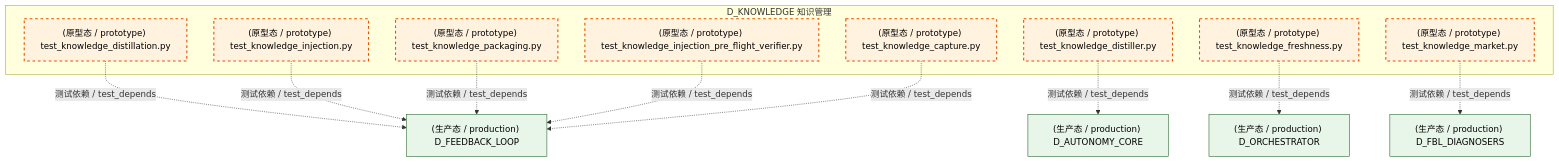
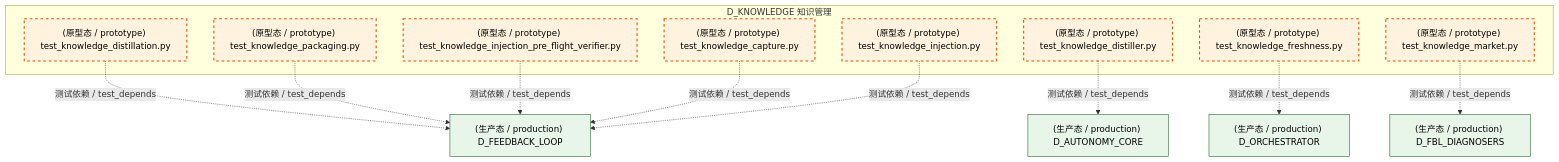
Before and after one commit to xuanFelixVan/ZephyrAlpha: the second of 5 diagrams in docs/02_enterprise_architecture/02_domain_architecture_docs/48_d_knowledge.md, drawn with Mermaid. The commit also changed other lines of this file and 125 other files, not shown here.

````diff
--- a/docs/02_enterprise_architecture/02_domain_architecture_docs/48_d_knowledge.md
+++ b/docs/02_enterprise_architecture/02_domain_architecture_docs/48_d_knowledge.md
@@ -175,31 +174,31 @@
 ```mermaid
 graph TD
     subgraph D_KNOWLEDGE["D_KNOWLEDGE 知识管理"]
         tests_knowledge_engine_test_knowledge_capture_py["(原型态 / prototype) test_knowledge_capture.py"]
         tests_knowledge_engine_test_knowledge_distillation_py["(原型态 / prototype) test_knowledge_distillation.py"]
         tests_knowledge_engine_test_knowledge_distiller_py["(原型态 / prototype) test_knowledge_distiller.py"]
         tests_knowledge_engine_test_knowledge_freshness_py["(原型态 / prototype) test_knowledge_freshness.py"]
         tests_knowledge_engine_test_knowledge_injection_py["(原型态 / prototype) test_knowledge_injection.py"]
         tests_knowledge_engine_test_knowledge_injection_pre_flight_verifier_py["(原型态 / prototype) test_knowledge_injection_pre_flight_verifier.py"]
         tests_knowledge_engine_test_knowledge_market_py["(原型态 / prototype) test_knowledge_market.py"]
         tests_knowledge_engine_test_knowledge_packaging_py["(原型态 / prototype) test_knowledge_packaging.py"]
     end
     D_FEEDBACK_LOOP["(生产态 / production) D_FEEDBACK_LOOP"]
     tests_knowledge_engine_test_knowledge_distillation_py -.->|测试依赖 / test_depends| D_FEEDBACK_LOOP
-    D_FBL_DIAGNOSERS["(生产态 / production) D_FBL_DIAGNOSERS"]
-    tests_knowledge_engine_test_knowledge_market_py -.->|测试依赖 / test_depends| D_FBL_DIAGNOSERS
-    tests_knowledge_engine_test_knowledge_injection_py -.->|测试依赖 / test_depends| D_FEEDBACK_LOOP
     tests_knowledge_engine_test_knowledge_packaging_py -.->|测试依赖 / test_depends| D_FEEDBACK_LOOP
     tests_knowledge_engine_test_knowledge_injection_pre_flight_verifier_py -.->|测试依赖 / test_depends| D_FEEDBACK_LOOP
     D_AUTONOMY_CORE["(生产态 / production) D_AUTONOMY_CORE"]
     tests_knowledge_engine_test_knowledge_distiller_py -.->|测试依赖 / test_depends| D_AUTONOMY_CORE
     tests_knowledge_engine_test_knowledge_capture_py -.->|测试依赖 / test_depends| D_FEEDBACK_LOOP
+    D_FBL_DIAGNOSERS["(生产态 / production) D_FBL_DIAGNOSERS"]
+    tests_knowledge_engine_test_knowledge_market_py -.->|测试依赖 / test_depends| D_FBL_DIAGNOSERS
+    tests_knowledge_engine_test_knowledge_injection_py -.->|测试依赖 / test_depends| D_FEEDBACK_LOOP
     D_ORCHESTRATOR["(生产态 / production) D_ORCHESTRATOR"]
     tests_knowledge_engine_test_knowledge_freshness_py -.->|测试依赖 / test_depends| D_ORCHESTRATOR
     classDef production fill:#e1f5fe,stroke:#01579b,stroke-width:2px,color:#000
     classDef design fill:#fff3e0,stroke:#e65100,stroke-width:2px,color:#000,stroke-dasharray: 5 5
     classDef external_prod fill:#e8f5e9,stroke:#1b5e20,stroke-width:1px,color:#000
     classDef external_design fill:#fce4ec,stroke:#880e4f,stroke-width:1px,color:#000,stroke-dasharray: 5 5
     class tests_knowledge_engine_test_knowledge_capture_py,tests_knowledge_engine_test_knowledge_distillation_py,tests_knowledge_engine_test_knowledge_distiller_py,tests_knowledge_engine_test_knowledge_freshness_py,tests_knowledge_engine_test_knowledge_injection_py,tests_knowledge_engine_test_knowledge_injection_pre_flight_verifier_py,tests_knowledge_engine_test_knowledge_market_py,tests_knowledge_engine_test_knowledge_packaging_py design
-    class D_FEEDBACK_LOOP,D_FBL_DIAGNOSERS,D_AUTONOMY_CORE,D_ORCHESTRATOR external_prod
+    class D_FEEDBACK_LOOP,D_AUTONOMY_CORE,D_FBL_DIAGNOSERS,D_ORCHESTRATOR external_prod
 ```
````
